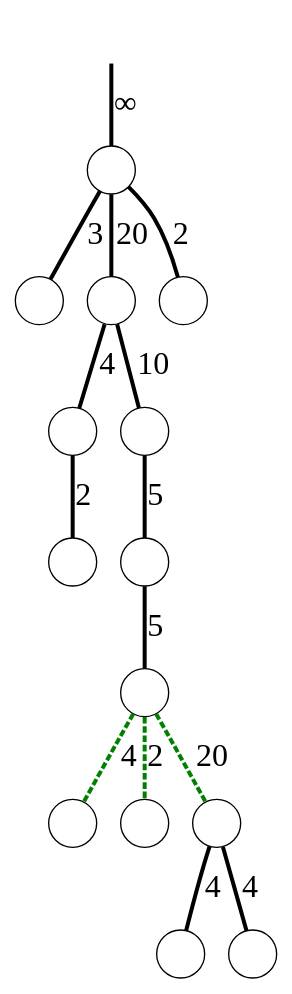
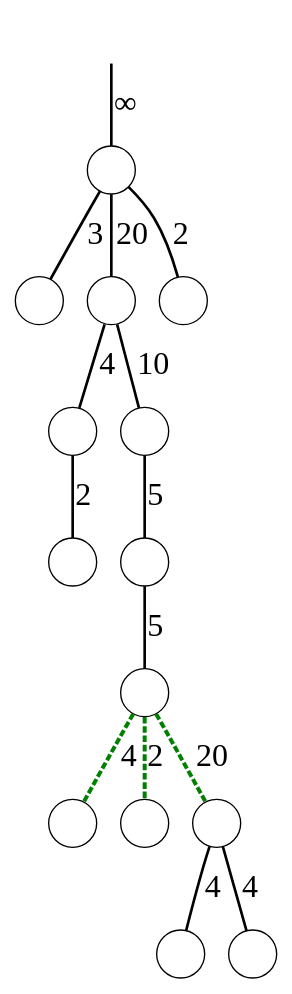
Before and after one commit to sgolodetz/waterfallpaper: the diagram in graphs/example-b.gv, drawn with Graphviz. The commit also changed 15 other files, not shown here.

Commit message:
Fix the edge thicknesses in Figure 10.

```diff
--- a/graphs/example-b.gv
+++ b/graphs/example-b.gv
@@ -1,22 +1,22 @@
 digraph
 {
 	node [shape=circle, label=""];
-	edge [dir=both, arrowtail=none, arrowhead=none, penwidth=3, fontsize=24];
+	edge [dir=both, arrowtail=none, arrowhead=none, penwidth=2, fontsize=24];
 
 	r -> n00 [label="&infin;"];
 	n00 -> n10 [label=3];
 	n00 -> n11 [label=20];
 	n00 -> n12 [label=2];
 	n11 -> n20 [label=4];
 	n11 -> n21 [label=10];
 	n20 -> n30 [label=2];
 	n21 -> n31 [label=5];
 	n31 -> n40 [label=5];
-	n40 -> n50 [label=4, color=green, style=dashed];
-	n40 -> n51 [label=2, color=green, style=dashed];
-	n40 -> n52 [label=20, color=green, style=dashed];
+	n40 -> n50 [label=4, color=green, style=dashed, penwidth=3];
+	n40 -> n51 [label=2, color=green, style=dashed, penwidth=3];
+	n40 -> n52 [label=20, color=green, style=dashed, penwidth=3];
 	n52 -> n60 [label=4];
 	n52 -> n61 [label=4];
 
 	r [style=invisible];
 }
```
